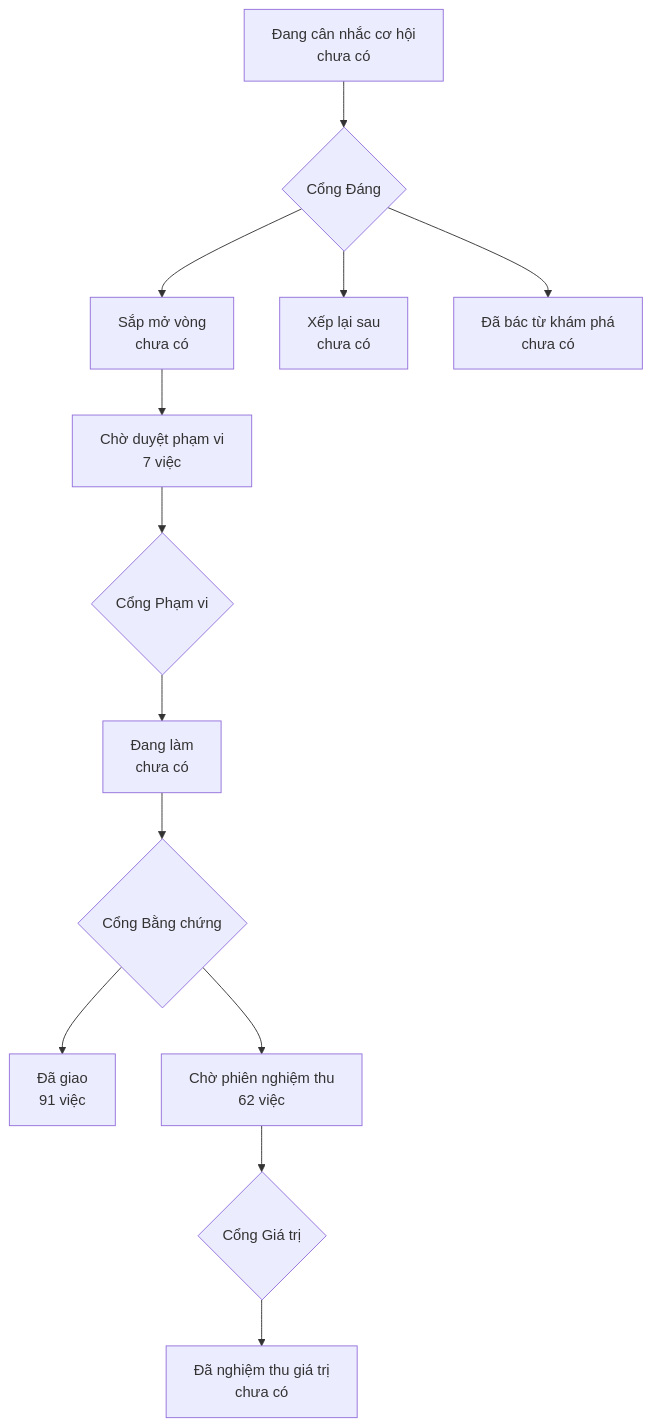
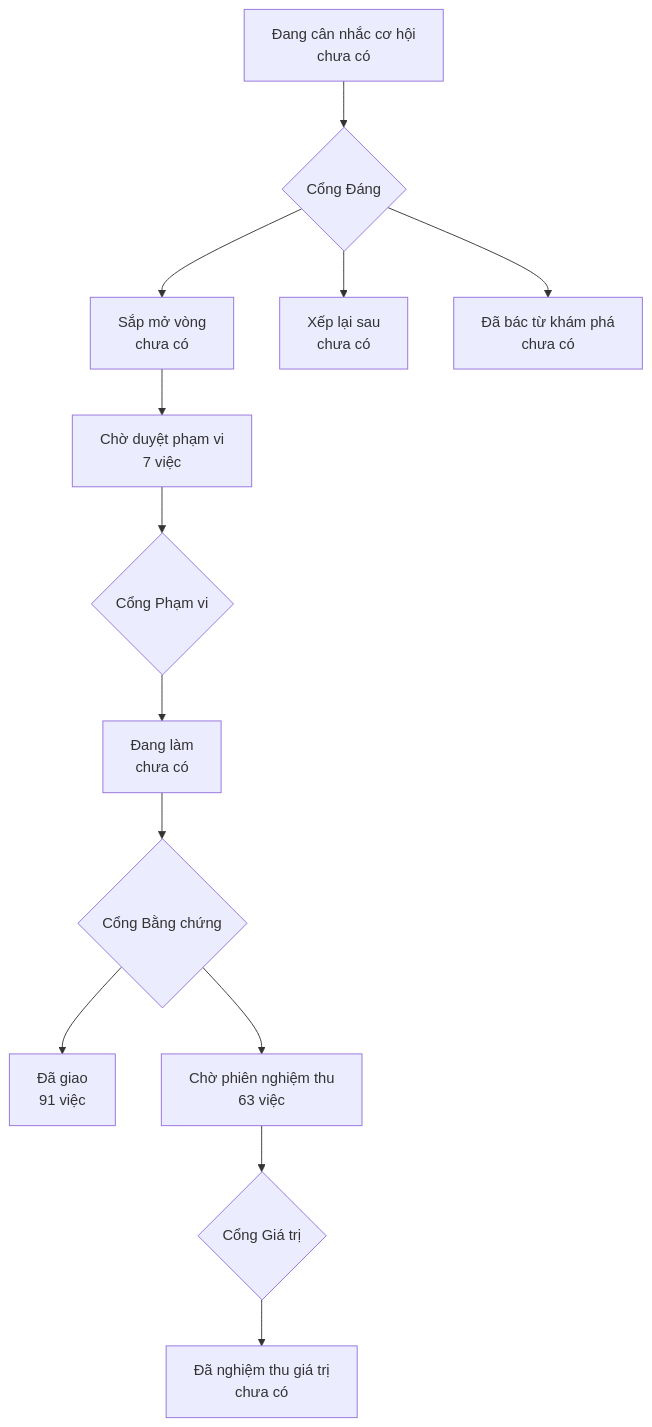
Before and after one commit to phanlemanh/onehub-invest: the diagram in PRODUCT-MAP.md, drawn with Mermaid. The commit also changed 1 other file, not shown here.

Commit message:
chore: vẽ lại bản đồ sản phẩm + lộ trình sau gộp origin/main

````diff
--- a/PRODUCT-MAP.md
+++ b/PRODUCT-MAP.md
@@ -7,12 +7,12 @@
 ```mermaid
 flowchart TD
   A["Đang cân nhắc cơ hội<br/>chưa có"] --> GD{"Cổng Đáng"}
   GD --> B["Sắp mở vòng<br/>chưa có"]
   GD --> XL["Xếp lại sau<br/>chưa có"]
   GD --> DB["Đã bác từ khám phá<br/>chưa có"]
   B --> CD["Chờ duyệt phạm vi<br/>7 việc"] --> GP{"Cổng Phạm vi"}
   GP --> DL["Đang làm<br/>chưa có"] --> GB{"Cổng Bằng chứng"}
   GB --> DG["Đã giao<br/>91 việc"]
-  GB --> CN["Chờ phiên nghiệm thu<br/>62 việc"] --> GG{"Cổng Giá trị"}
+  GB --> CN["Chờ phiên nghiệm thu<br/>63 việc"] --> GG{"Cổng Giá trị"}
   GG --> NT["Đã nghiệm thu giá trị<br/>chưa có"]
 ```
````
